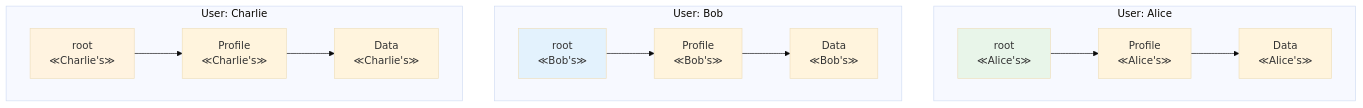
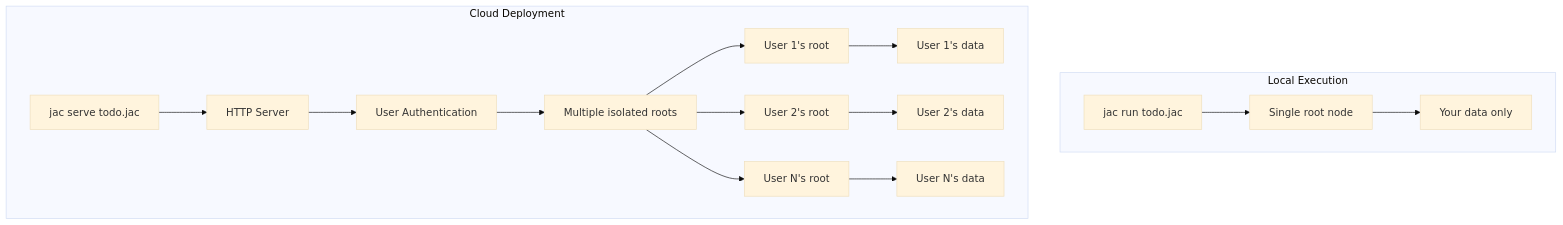
One commit to jaseci-labs/jaseci changed the diagram in docs/docs/jac_book/chapter_11.md. Above: the diagram before and after it, drawn with Mermaid (base theme). The commit also changed other lines of this file, not shown here.

Commit message:
cloud trnasition

````diff
--- a/docs/docs/jac_book/chapter_11.md
+++ b/docs/docs/jac_book/chapter_11.md
@@ -45,30 +69,21 @@
 ```mermaid
 graph TD
-    subgraph "User: Alice"
-        RA[root<br/>≪Alice's≫]
-        PA[Profile<br/>≪Alice's≫]
-        DA[Data<br/>≪Alice's≫]
-        RA --> PA
-        PA --> DA
+    subgraph "Local Execution"
+        L1[jac run todo.jac] --> L2[Single root node]
+        L2 --> L3[Your data only]
     end
 
-    subgraph "User: Bob"
-        RB[root<br/>≪Bob's≫]
-        PB[Profile<br/>≪Bob's≫]
-        DB[Data<br/>≪Bob's≫]
-        RB --> PB
-        PB --> DB
+    subgraph "Cloud Deployment"
+        C1[jac serve todo.jac] --> C2[HTTP Server]
+        C2 --> C3[User Authentication]
+        C3 --> C4[Multiple isolated roots]
+
+        C4 --> U1[User 1's root]
+        C4 --> U2[User 2's root]
+        C4 --> U3[User N's root]
+
+        U1 --> D1[User 1's data]
+        U2 --> D2[User 2's data]
+        U3 --> D3[User N's data]
     end
-
-    subgraph "User: Charlie"
-        RC[root<br/>≪Charlie's≫]
-        PC[Profile<br/>≪Charlie's≫]
-        DC[Data<br/>≪Charlie's≫]
-        RC --> PC
-        PC --> DC
-    end
-
-    style RA fill:#e8f5e9
-    style RB fill:#e3f2fd
-    style RC fill:#fff3e0
 ```
````
